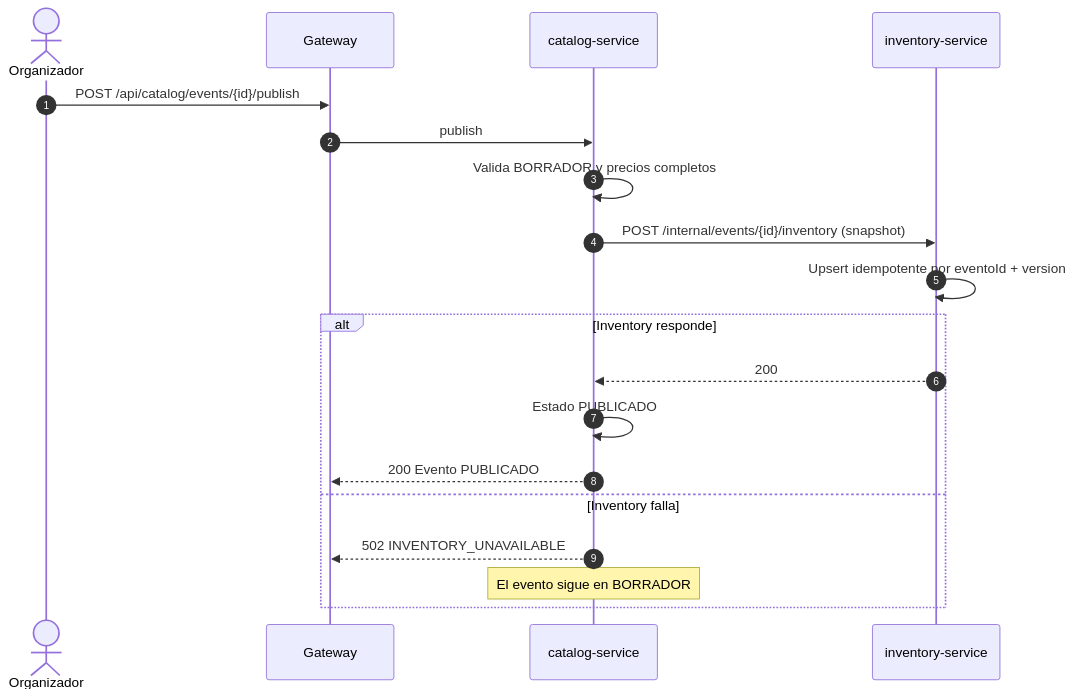
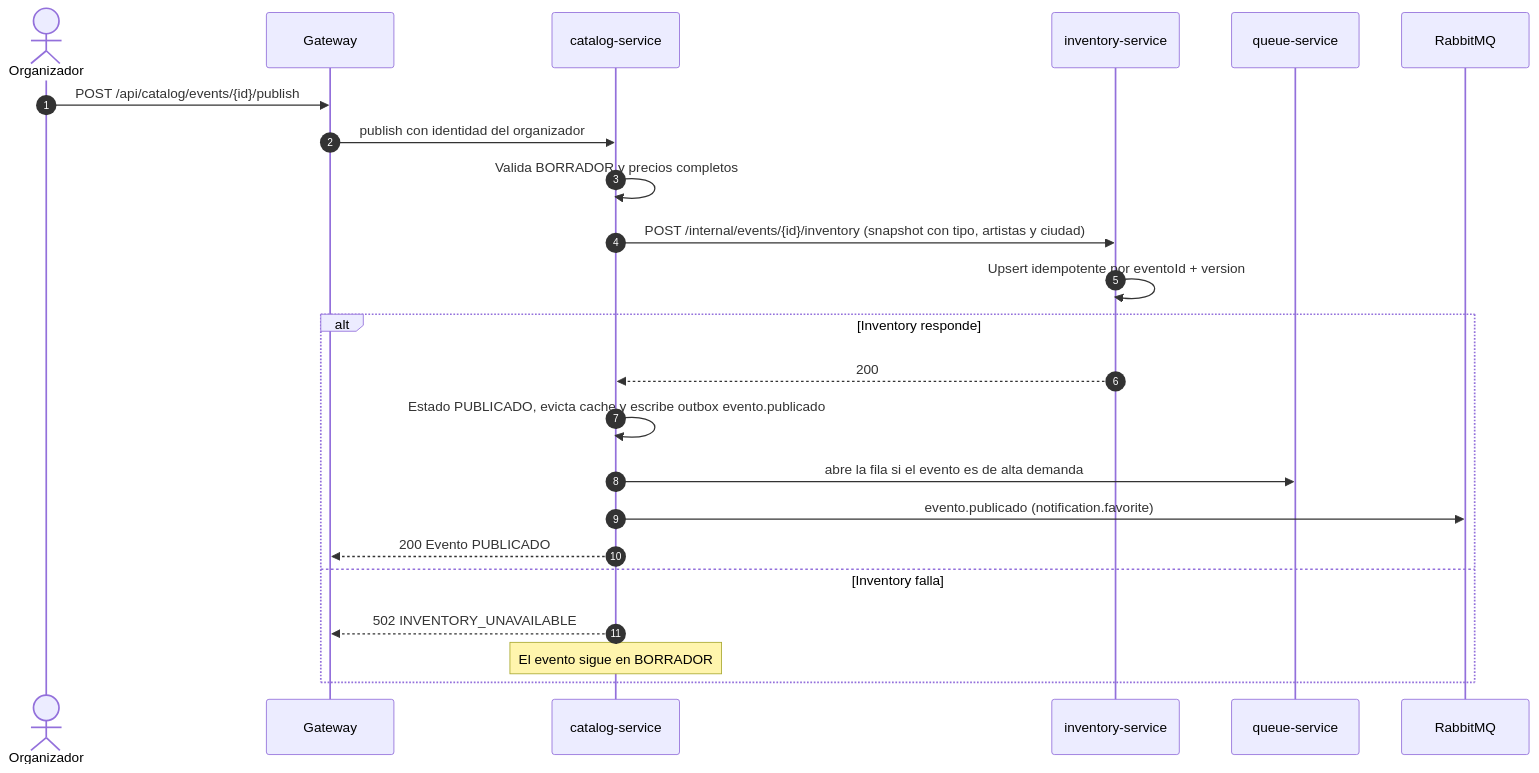
The fifth of 8 diagrams in TP-TicketYa/docs/arquitectura.md (Pabloaguirre23/ArquitecturaWeb), drawn with Mermaid before and after one commit. The commit also changed other lines of this file, not shown here.

Commit message:
docs: arquitectura de entrega 2 con saga/outbox, fila, QR y notificaciones (10.5)

````diff
--- a/TP-TicketYa/docs/arquitectura.md
+++ b/TP-TicketYa/docs/arquitectura.md
@@ -142,22 +228,26 @@
 ```mermaid
 sequenceDiagram
     autonumber
     actor A as Organizador
     participant G as Gateway
     participant C as catalog-service
     participant I as inventory-service
+    participant Q as queue-service
+    participant MQ as RabbitMQ
 
     A->>G: POST /api/catalog/events/{id}/publish
-    G->>C: publish
+    G->>C: publish con identidad del organizador
     C->>C: Valida BORRADOR y precios completos
-    C->>I: POST /internal/events/{id}/inventory (snapshot)
+    C->>I: POST /internal/events/{id}/inventory (snapshot con tipo, artistas y ciudad)
     I->>I: Upsert idempotente por eventoId + version
     alt Inventory responde
         I-->>C: 200
-        C->>C: Estado PUBLICADO
+        C->>C: Estado PUBLICADO, evicta cache y escribe outbox evento.publicado
+        C->>Q: abre la fila si el evento es de alta demanda
+        C->>MQ: evento.publicado (notification.favorite)
         C-->>G: 200 Evento PUBLICADO
     else Inventory falla
         C-->>G: 502 INVENTORY_UNAVAILABLE
         Note over C: El evento sigue en BORRADOR
     end
 ```
````
